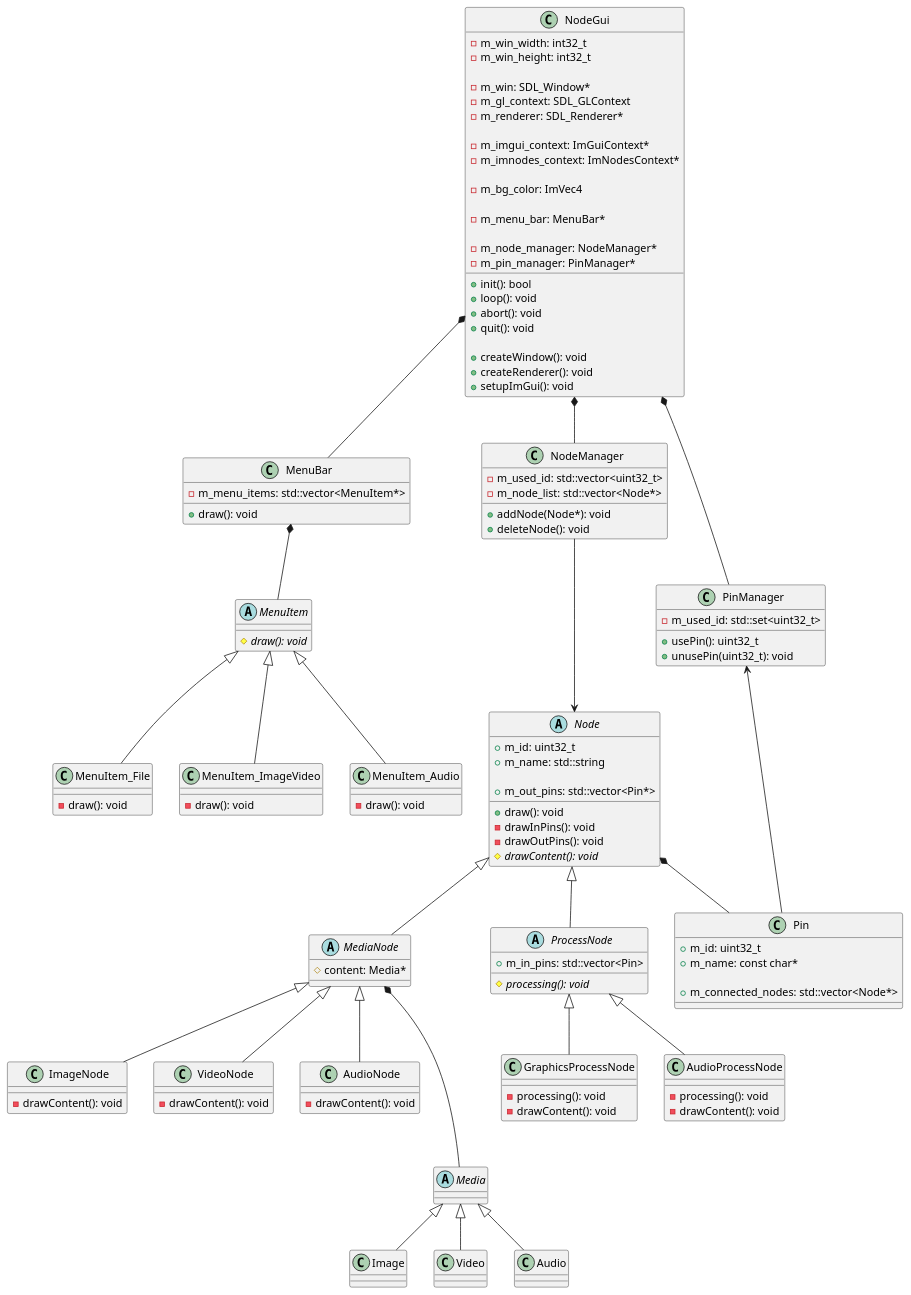
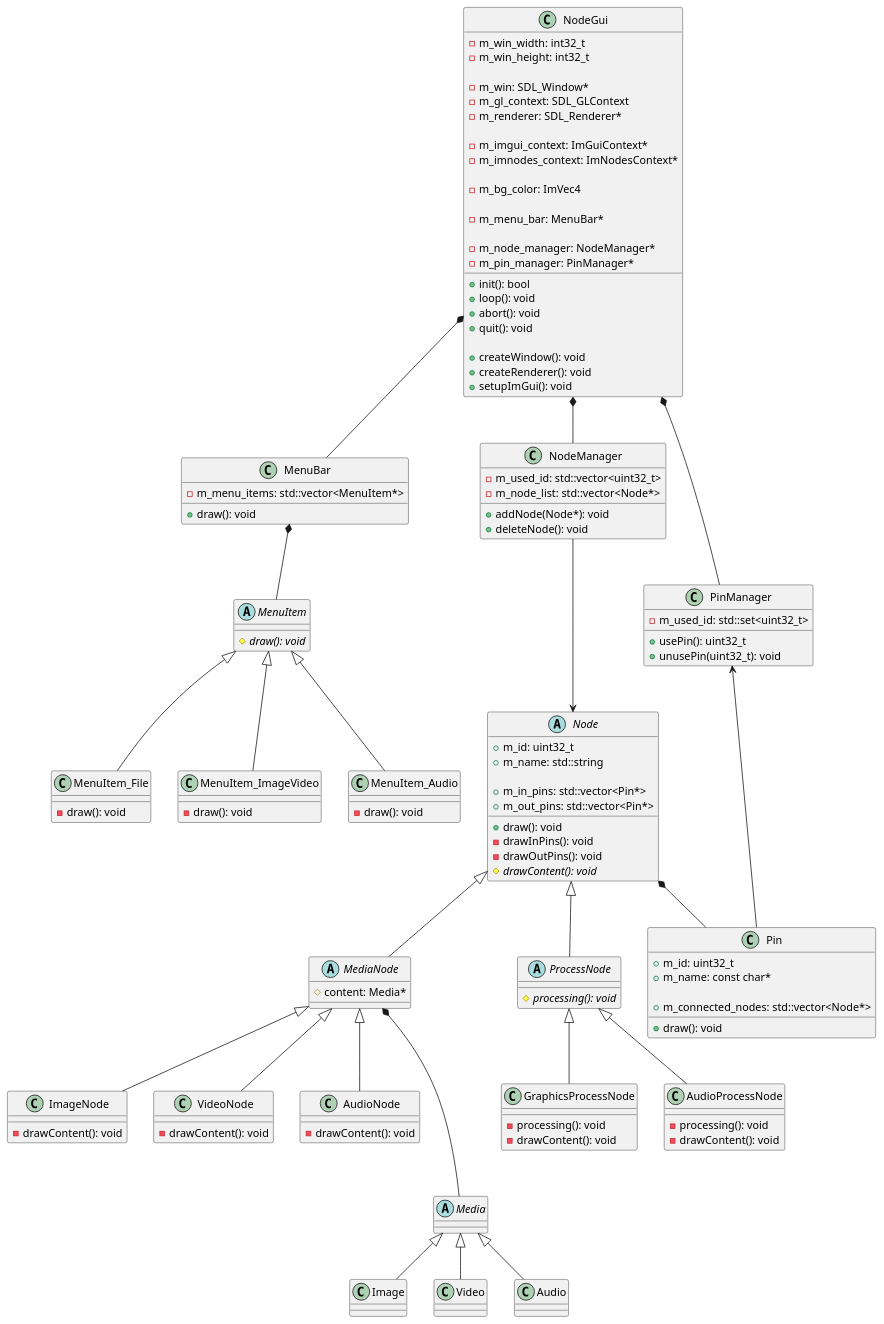
Before and after one commit to nkue-yst/NodeProcessV2: the diagram in uml/uml.pu, drawn with PlantUML. The commit also changed 5 other files, not shown here.

```diff
--- a/uml/uml.pu
+++ b/uml/uml.pu
@@ -1,161 +1,162 @@
 @startuml NodeProcessing
 
 class NodeGui {
     +init(): bool
     +loop(): void
     +abort(): void
     +quit(): void
 
     +createWindow(): void
     +createRenderer(): void
     +setupImGui(): void
 
     -m_win_width: int32_t
     -m_win_height: int32_t
 
     -m_win: SDL_Window*
     -m_gl_context: SDL_GLContext
     -m_renderer: SDL_Renderer*
 
     -m_imgui_context: ImGuiContext*
     -m_imnodes_context: ImNodesContext*
 
     -m_bg_color: ImVec4
 
     -m_menu_bar: MenuBar*
 
     -m_node_manager: NodeManager*
     -m_pin_manager: PinManager*
 }
 
 class MenuBar {
     +draw(): void
 
     -m_menu_items: std::vector<MenuItem*>
 }
 
 abstract class MenuItem {
     {abstract} #draw(): void
 }
 
 class MenuItem_File {
     -draw(): void
 }
 
 class MenuItem_ImageVideo {
     -draw(): void
 }
 
 class MenuItem_Audio {
     -draw(): void
 }
 
 class NodeManager {
     +addNode(Node*): void
     +deleteNode(): void
 
     -m_used_id: std::vector<uint32_t>
     -m_node_list: std::vector<Node*>
 }
 
 abstract class Node {
     +draw(): void
     -drawInPins(): void
     -drawOutPins(): void
     {abstract} #drawContent(): void
 
     +m_id: uint32_t
     +m_name: std::string
 
+    +m_in_pins: std::vector<Pin*>
     +m_out_pins: std::vector<Pin*>
 }
 
 abstract class MediaNode {
     #content: Media*
 }
 
 abstract class ProcessNode {
     {abstract} #processing(): void
-
-    +m_in_pins: std::vector<Pin>
 }
 
 class ImageNode {
     -drawContent(): void
 }
 
 class VideoNode {
     -drawContent(): void
 }
 
 class AudioNode {
     -drawContent(): void
 }
 
 class GraphicsProcessNode {
     -processing(): void
     -drawContent(): void
 }
 
 class AudioProcessNode {
     -processing(): void
     -drawContent(): void
 }
 
 class PinManager {
     +usePin(): uint32_t
     +unusePin(uint32_t): void
 
     -m_used_id: std::set<uint32_t>
 }
 
 class Pin {
+    +draw(): void
+
     +m_id: uint32_t
     +m_name: const char*
 
     +m_connected_nodes: std::vector<Node*>
 }
 
 abstract class Media {
 
 }
 
 class Image {
 
 }
 
 class Video {
 
 }
 
 class Audio {
 
 }
 
 NodeGui *-- NodeManager
 NodeGui *-- PinManager
 NodeGui *-- MenuBar
 
 MenuBar *-- MenuItem
 MenuItem <|-- MenuItem_File
 MenuItem <|-- MenuItem_ImageVideo
 MenuItem <|-- MenuItem_Audio
 
 Node <|-- MediaNode
 Node <|-- ProcessNode
 Node *-- Pin
 MediaNode <|-- ImageNode
 MediaNode <|-- VideoNode
 MediaNode <|-- AudioNode
 ProcessNode <|-- GraphicsProcessNode
 ProcessNode <|-- AudioProcessNode
 
 MediaNode *--- Media
 Media <|-- Image
 Media <|-- Video
 Media <|-- Audio
 
 NodeManager ---> Node
 PinManager <-- Pin
 
 @enduml
```
